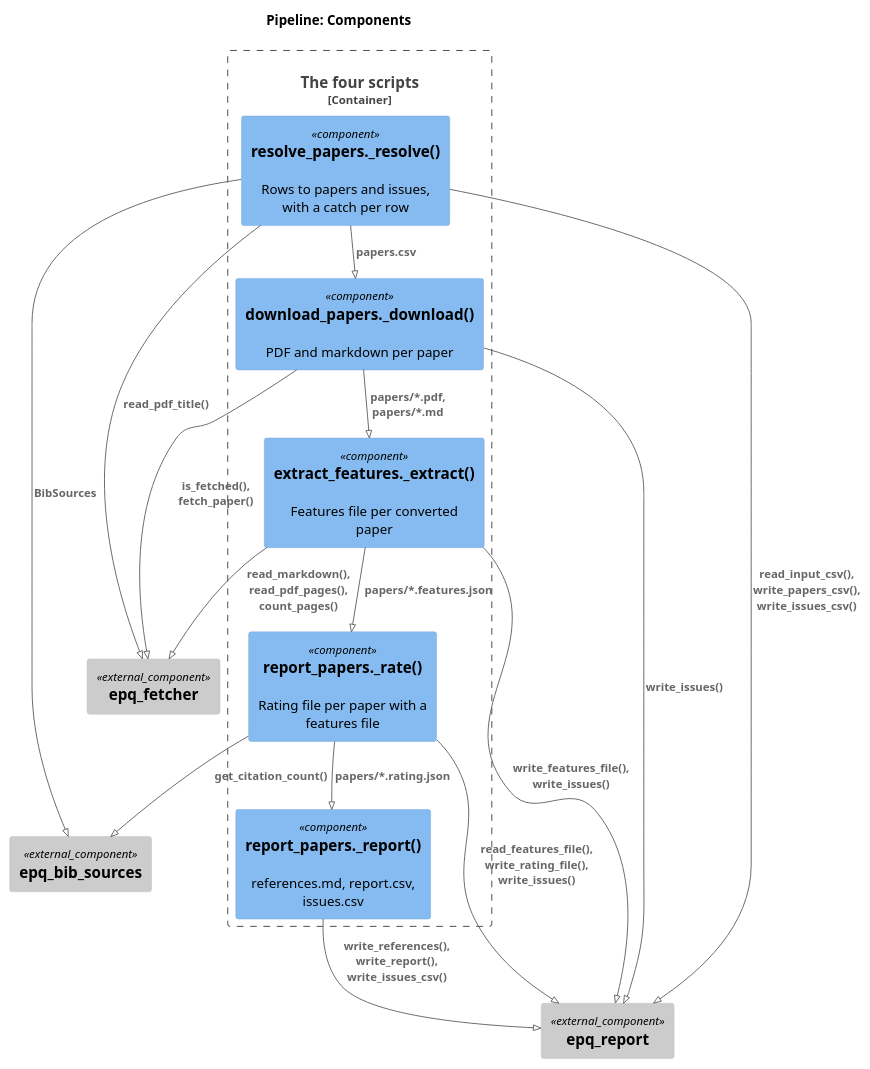
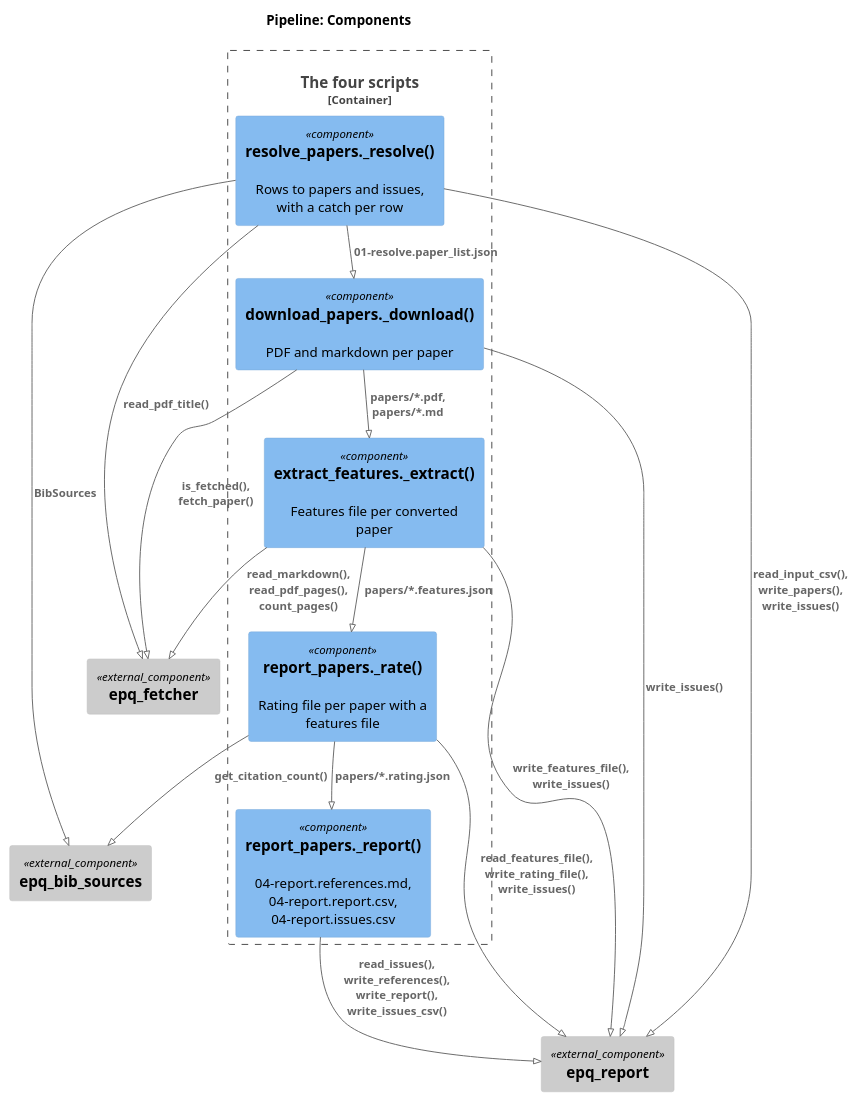
The diagram in research/Estimate_academic_paper_quality/docs/02.1-design.pipeline.md (gpsaggese/gpsaggese.github.io), drawn with PlantUML before and after one commit. The commit also changed other lines of this file and 33 other files, not shown here.

````diff
--- a/research/Estimate_academic_paper_quality/docs/02.1-design.pipeline.md
+++ b/research/Estimate_academic_paper_quality/docs/02.1-design.pipeline.md
@@ -38,30 +38,30 @@
 ```plantuml
 !pragma layout smetana
 !include <C4/C4_Component>
 LAYOUT_TOP_DOWN()
 title Pipeline: Components
 Container_Boundary(p, "The four scripts") {
   Component(res, "resolve_papers._resolve()", "", "Rows to papers and issues, with a catch per row")
   Component(dl, "download_papers._download()", "", "PDF and markdown per paper")
   Component(ex, "extract_features._extract()", "", "Features file per converted paper")
   Component(rate, "report_papers._rate()", "", "Rating file per paper with a features file")
-  Component(rep, "report_papers._report()", "", "references.md, report.csv, issues.csv")
+  Component(rep, "report_papers._report()", "", "04-report.references.md, 04-report.report.csv, 04-report.issues.csv")
 }
 Component_Ext(fetcher, "epq_fetcher", "", "")
 Component_Ext(report, "epq_report", "", "")
 Component_Ext(bib, "epq_bib_sources", "", "")
-Rel(res, dl, "papers.csv")
+Rel(res, dl, "01-resolve.paper_list.json")
 Rel(dl, ex, "papers/*.pdf, papers/*.md")
 Rel(ex, rate, "papers/*.features.json")
 Rel(rate, rep, "papers/*.rating.json")
 Rel(res, fetcher, "read_pdf_title()")
 Rel(res, bib, "BibSources")
 Rel(dl, fetcher, "is_fetched(), fetch_paper()")
 Rel(ex, fetcher, "read_markdown(), read_pdf_pages(), count_pages()")
 Rel(rate, bib, "get_citation_count()")
-Rel(res, report, "read_input_csv(), write_papers_csv(), write_issues_csv()")
+Rel(res, report, "read_input_csv(), write_papers(), write_issues()")
 Rel(dl, report, "write_issues()")
 Rel(ex, report, "write_features_file(), write_issues()")
 Rel(rate, report, "read_features_file(), write_rating_file(), write_issues()")
-Rel(rep, report, "write_references(), write_report(), write_issues_csv()")
+Rel(rep, report, "read_issues(), write_references(), write_report(), write_issues_csv()")
 ```
````
